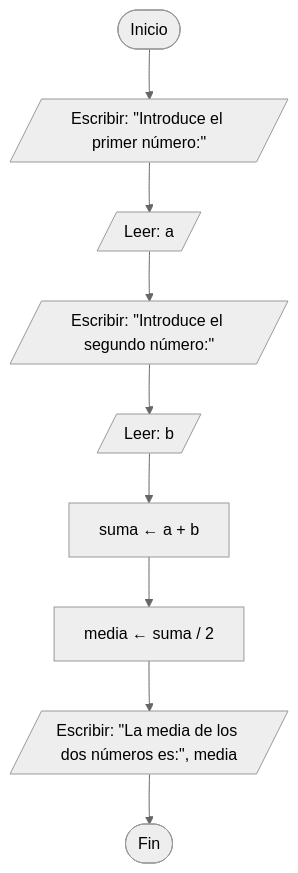
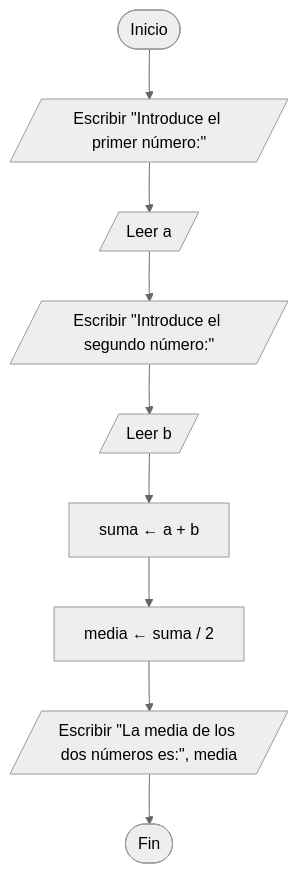
One commit to jjcastroschez/Introduccion-Computacion-Cientifica changed the second of 2 diagrams in 02_algoritmos/teoria/T2_ICC.md. Above: the diagram before and after it, drawn with Mermaid (neutral theme). The commit also changed other lines of this file and 5 other files, not shown here.

````diff
--- a/02_algoritmos/teoria/T2_ICC.md
+++ b/02_algoritmos/teoria/T2_ICC.md
@@ -230,11 +230,11 @@
 ```mermaid
 flowchart TD
-    A([Inicio]) --> B[/Escribir: "Introduce el primer número:"/]
-    B --> C[/"Leer: a"/]
-    C --> D[/Escribir: "Introduce el segundo número:"/]
-    D --> E[/"Leer: b"/]
+    A([Inicio]) --> B[/Escribir "Introduce el primer número:"/]
+    B --> C[/"Leer a"/]
+    C --> D[/Escribir "Introduce el segundo número:"/]
+    D --> E[/"Leer b"/]
     E --> F[suma ← a + b]
     F --> G[media ← suma / 2]
-    G --> H[/Escribir: "La media de los dos números es:", media/]
+    G --> H[/Escribir "La media de los dos números es:", media/]
     H --> I([Fin])
 ```
````
